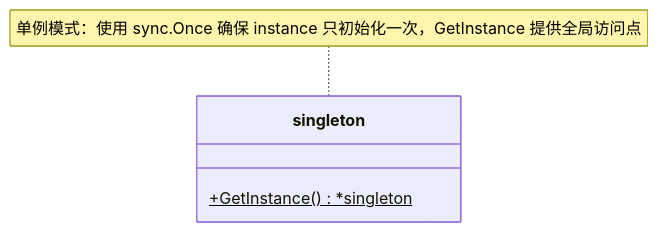
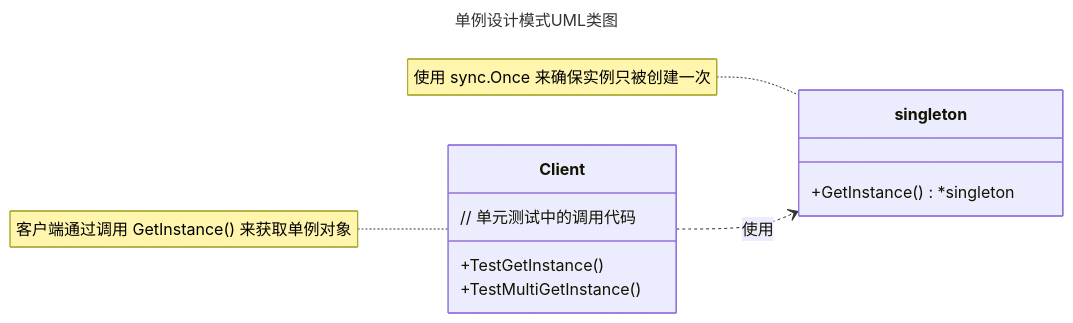
The diagram in docs/zh/后端/01-Golang/03-Golang设计模式/02-单例模式.md (magicgopher/magicgopher-blog), drawn with Mermaid before and after one commit. The commit also changed other lines of this file and 7 other files, not shown here.

````diff
--- a/docs/zh/后端/01-Golang/03-Golang设计模式/02-单例模式.md
+++ b/docs/zh/后端/01-Golang/03-Golang设计模式/02-单例模式.md
@@ -29,7 +29,28 @@
 ```mermaid
+---
+title: 单例设计模式UML类图
+---
 classDiagram
+	direction LR
+	%% 定义单例类
     class singleton {
-        +GetInstance() *singleton$
+        +GetInstance() *singleton
     }
-    note for singleton "单例模式：使用 sync.Once 确保 instance 只初始化一次，GetInstance 提供全局访问点"
+
+    %% 定义客户端类，代表调用方
+    class Client {
+        // 单元测试中的调用代码
+        +TestGetInstance()
+        +TestMultiGetInstance()
+    }
+
+    %% 关系：Client 依赖于 singleton 类
+    %% Client 通过调用 GetInstance() 方法来使用 singleton 实例
+    Client ..> singleton : 使用
+
+    %% 为 singleton 类添加备注
+    note for singleton "使用 sync.Once 来确保实例只被创建一次"
+
+    %% 为 Client 类添加备注
+    note for Client "客户端通过调用 GetInstance() 来获取单例对象"
 ```
````
